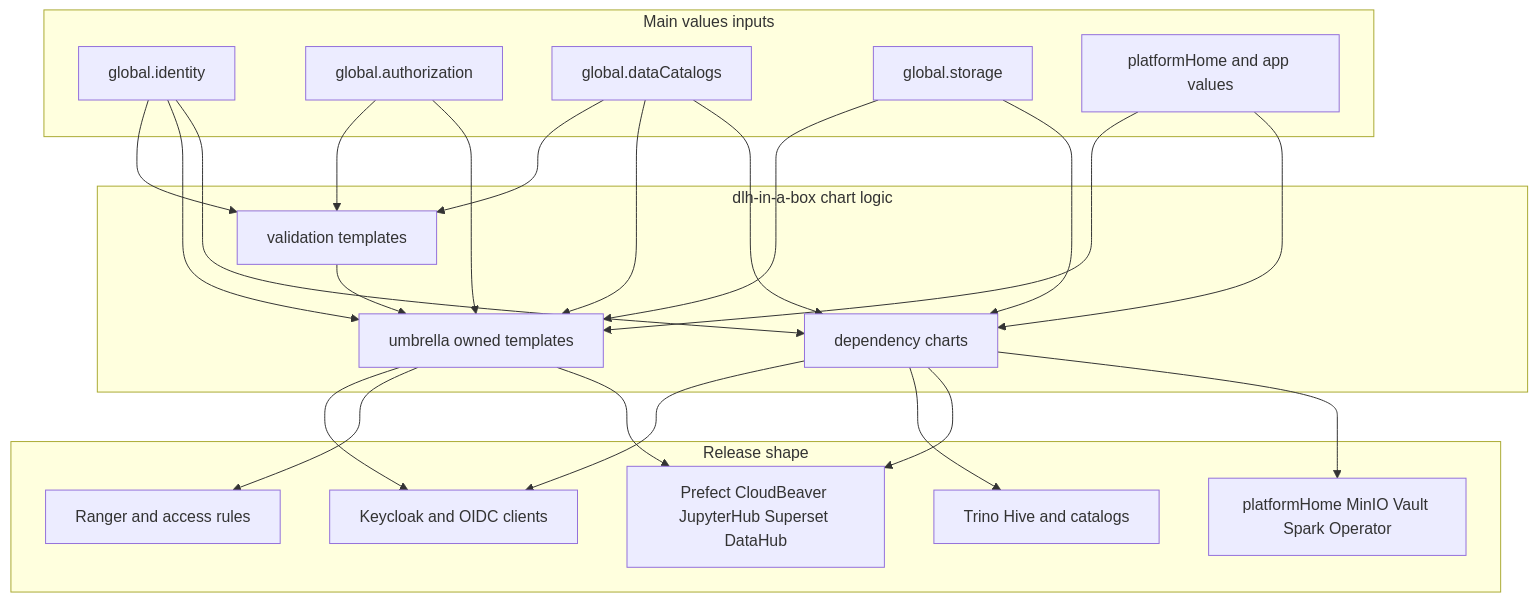
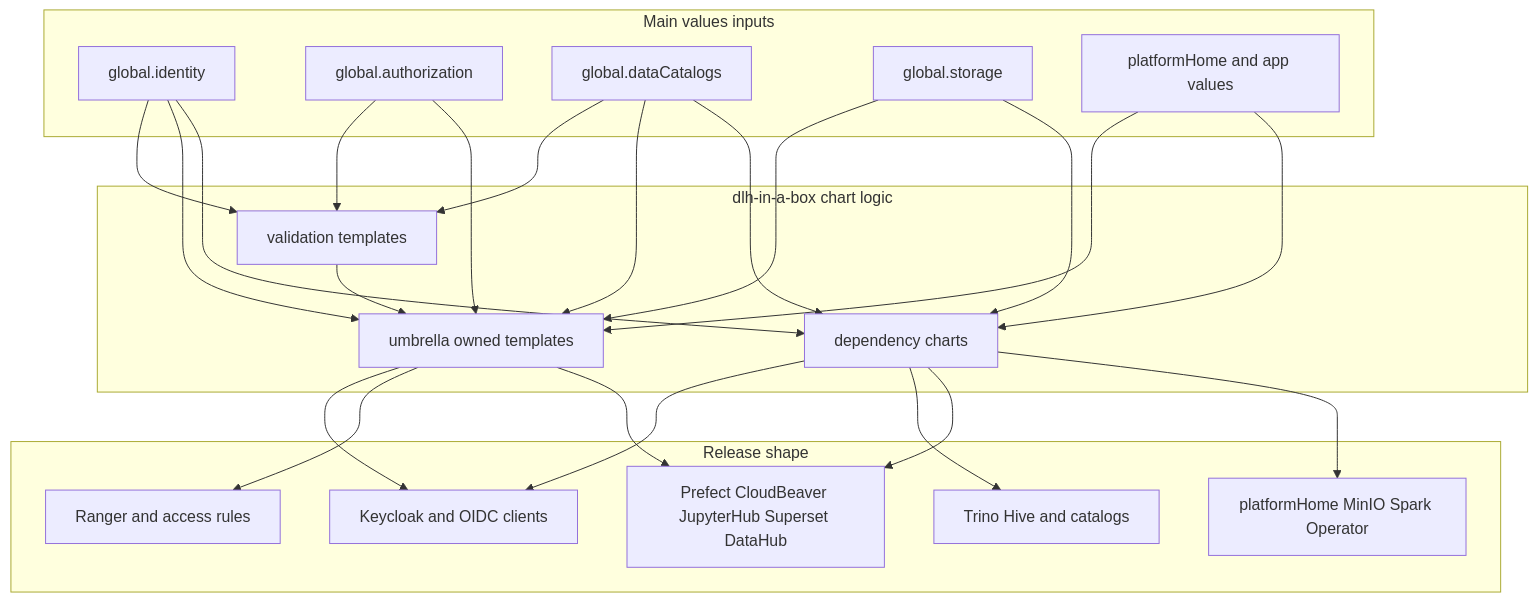
Before and after one commit to sanger-pathogens/dlh-in-a-box-umbrella-helm-chart: the diagram in charts/dlh-in-a-box/README.md, drawn with Mermaid. The commit also changed other lines of this file and 9 other files, not shown here.

Commit message:
Remove references to vault from the chart

````diff
--- a/charts/dlh-in-a-box/README.md
+++ b/charts/dlh-in-a-box/README.md
@@ -38,45 +38,45 @@
 ```mermaid
 flowchart TD
   subgraph Inputs["Main values inputs"]
     Identity[global.identity]
     Authorization[global.authorization]
     Catalogs[global.dataCatalogs]
     Storage[global.storage]
     AppValues[platformHome and app values]
   end
 
   subgraph ChartLogic["dlh-in-a-box chart logic"]
     Validation[validation templates]
     UmbrellaTemplates[umbrella owned templates]
     DependencyCharts[dependency charts]
   end
 
   subgraph Runtime["Release shape"]
     IdentityRuntime[Keycloak and OIDC clients]
     AccessRuntime[Ranger and access rules]
     DataRuntime[Trino Hive and catalogs]
     AppRuntime[Prefect CloudBeaver JupyterHub Superset DataHub]
-    PlatformRuntime[platformHome MinIO Vault Spark Operator]
+    PlatformRuntime[platformHome MinIO Spark Operator]
   end
 
   Identity --> Validation
   Authorization --> Validation
   Catalogs --> Validation
   Identity --> UmbrellaTemplates
   Authorization --> UmbrellaTemplates
   Catalogs --> UmbrellaTemplates
   Storage --> UmbrellaTemplates
   AppValues --> UmbrellaTemplates
   Identity --> DependencyCharts
   Catalogs --> DependencyCharts
   Storage --> DependencyCharts
   AppValues --> DependencyCharts
   Validation --> UmbrellaTemplates
   UmbrellaTemplates --> IdentityRuntime
   UmbrellaTemplates --> AccessRuntime
   UmbrellaTemplates --> AppRuntime
   DependencyCharts --> IdentityRuntime
   DependencyCharts --> DataRuntime
   DependencyCharts --> AppRuntime
   DependencyCharts --> PlatformRuntime
 ```
````
